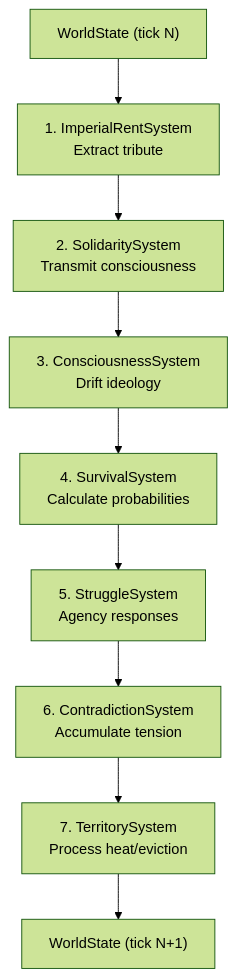
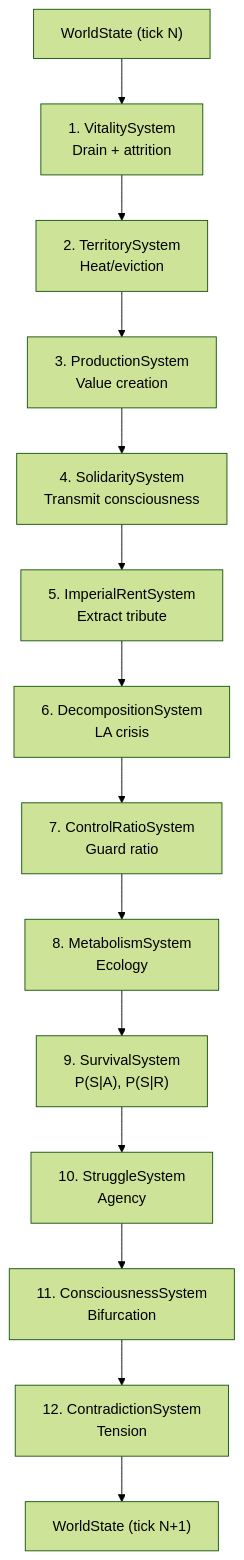
The diagram in docs/concepts/simulation-systems.rst (percy-raskova/babylon), drawn with Mermaid (forest theme) before and after one commit. The commit also changed other lines of this file and 12 other files, not shown here.

```diff
--- a/docs/concepts/simulation-systems.rst
+++ b/docs/concepts/simulation-systems.rst
@@ -17,11 +17,16 @@
 .. mermaid::
 
    flowchart TB
-       A["WorldState (tick N)"] --> B["1. ImperialRentSystem<br/>Extract tribute"]
-       B --> C["2. SolidaritySystem<br/>Transmit consciousness"]
-       C --> D["3. ConsciousnessSystem<br/>Drift ideology"]
-       D --> E["4. SurvivalSystem<br/>Calculate probabilities"]
-       E --> F["5. StruggleSystem<br/>Agency responses"]
-       F --> G["6. ContradictionSystem<br/>Accumulate tension"]
-       G --> H["7. TerritorySystem<br/>Process heat/eviction"]
-       H --> I["WorldState (tick N+1)"]
+       A["WorldState (tick N)"] --> B["1. VitalitySystem<br/>Drain + attrition"]
+       B --> C["2. TerritorySystem<br/>Heat/eviction"]
+       C --> D["3. ProductionSystem<br/>Value creation"]
+       D --> E["4. SolidaritySystem<br/>Transmit consciousness"]
+       E --> F["5. ImperialRentSystem<br/>Extract tribute"]
+       F --> G["6. DecompositionSystem<br/>LA crisis"]
+       G --> H["7. ControlRatioSystem<br/>Guard ratio"]
+       H --> I["8. MetabolismSystem<br/>Ecology"]
+       I --> J["9. SurvivalSystem<br/>P(S|A), P(S|R)"]
+       J --> K["10. StruggleSystem<br/>Agency"]
+       K --> L["11. ConsciousnessSystem<br/>Bifurcation"]
+       L --> M["12. ContradictionSystem<br/>Tension"]
+       M --> N["WorldState (tick N+1)"]
```
